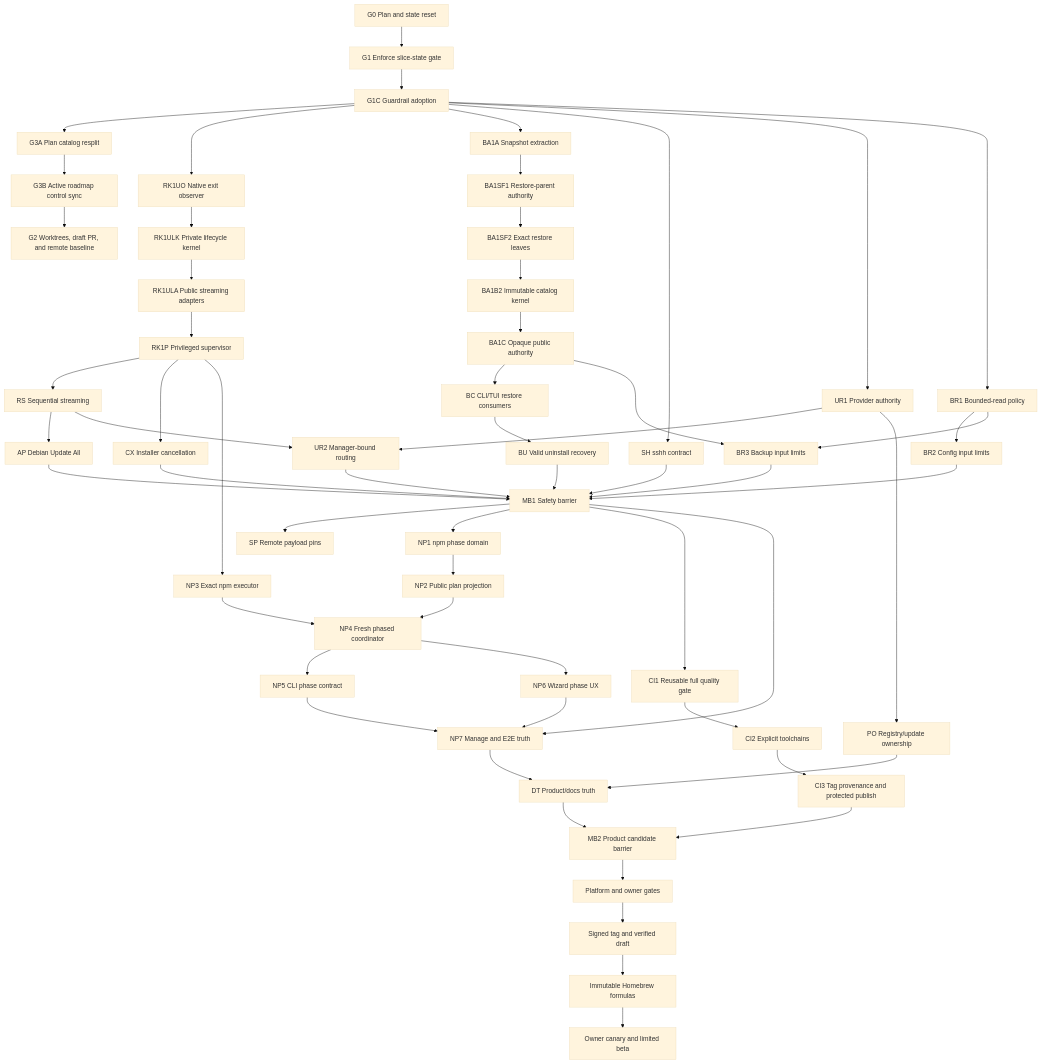
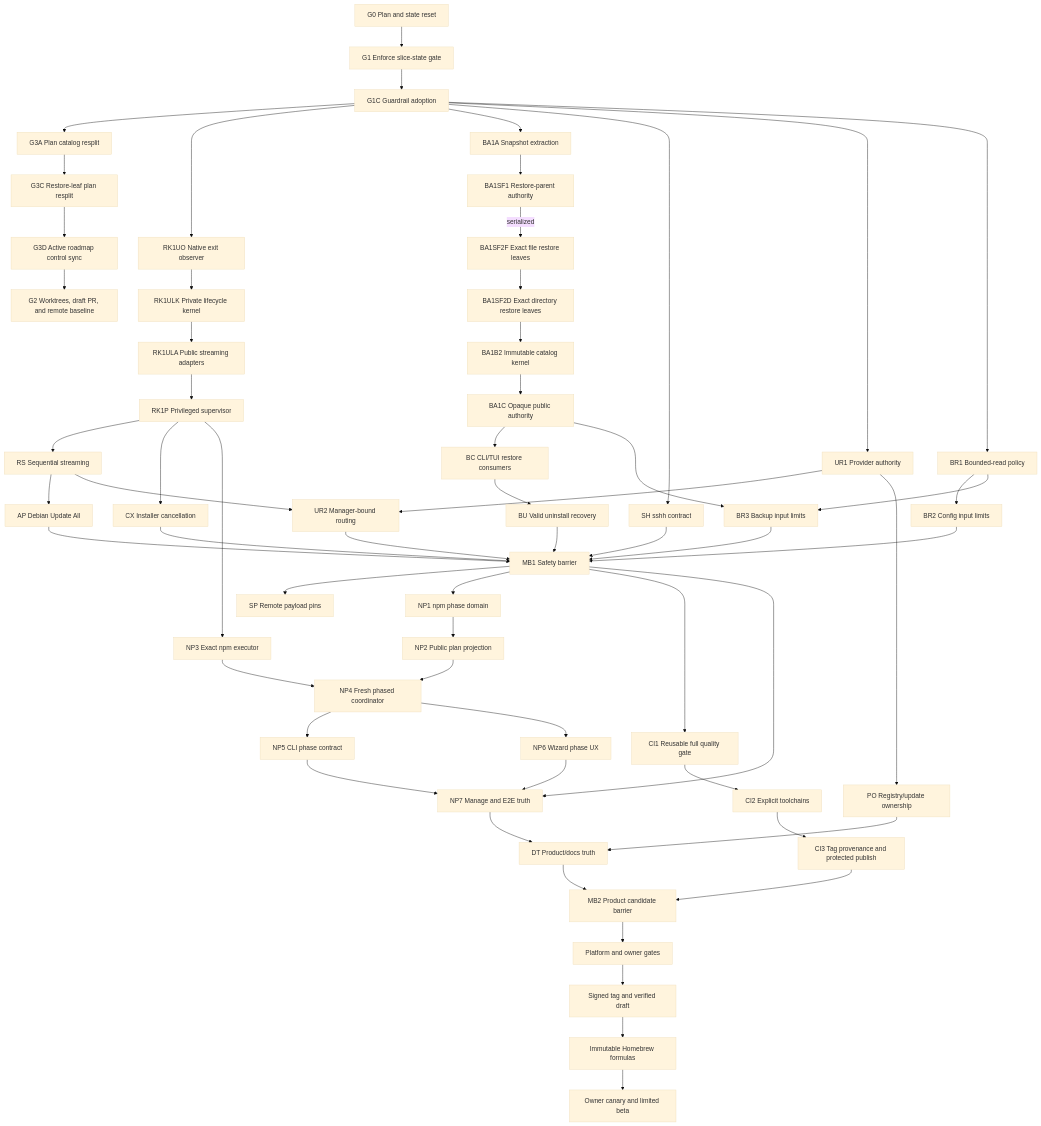
Before and after one commit to tekierz/dotfiles: the diagram in tasks/implementation-release-plan-2026-07-13.md, drawn with Mermaid (base theme). The commit also changed other lines of this file, not shown here.

Commit message:
Stable - split file and directory restore leaves

```diff
--- a/tasks/implementation-release-plan-2026-07-13.md
+++ b/tasks/implementation-release-plan-2026-07-13.md
@@ -97,60 +97,62 @@
 ~~~mermaid
 flowchart TD
   G0["G0 Plan and state reset"] --> G1["G1 Enforce slice-state gate"]
   G1 --> G1C["G1C Guardrail adoption"]
   G1C --> G3A["G3A Plan catalog resplit"]
-  G3A --> G3B["G3B Active roadmap control sync"]
-  G3B --> G2["G2 Worktrees, draft PR, and remote baseline"]
+  G3A --> G3C["G3C Restore-leaf plan resplit"]
+  G3C --> G3D["G3D Active roadmap control sync"]
+  G3D --> G2["G2 Worktrees, draft PR, and remote baseline"]
   G1C --> RK1UO["RK1UO Native exit observer"]
   RK1UO --> RK1ULK["RK1ULK Private lifecycle kernel"]
   RK1ULK --> RK1ULA["RK1ULA Public streaming adapters"]
   RK1ULA --> RK1P["RK1P Privileged supervisor"]
   G1C --> BA1A["BA1A Snapshot extraction"]
   BA1A --> BA1SF1["BA1SF1 Restore-parent authority"]
-  BA1SF1 --> BA1SF2["BA1SF2 Exact restore leaves"]
-  BA1SF2 --> BA1B2["BA1B2 Immutable catalog kernel"]
+  BA1SF1 -->|serialized| BA1SF2F["BA1SF2F Exact file restore leaves"]
+  BA1SF2F --> BA1SF2D["BA1SF2D Exact directory restore leaves"]
+  BA1SF2D --> BA1B2["BA1B2 Immutable catalog kernel"]
   BA1B2 --> BA1C["BA1C Opaque public authority"]
   G1C --> SH["SH sshh contract"]
   RK1P --> RS["RS Sequential streaming"]
   RS --> AP["AP Debian Update All"]
   G1C --> UR1["UR1 Provider authority"]
   UR1 --> UR2["UR2 Manager-bound routing"]
   RS --> UR2
   BA1C --> BC["BC CLI/TUI restore consumers"]
   BC --> BU["BU Valid uninstall recovery"]
   RK1P --> CX["CX Installer cancellation"]
   G1C --> BR1["BR1 Bounded-read policy"]
   BR1 --> BR2["BR2 Config input limits"]
   BR1 --> BR3["BR3 Backup input limits"]
   BA1C --> BR3
   MB1 --> SP["SP Remote payload pins"]
   MB1 --> NP1["NP1 npm phase domain"]
   NP1 --> NP2["NP2 Public plan projection"]
   RK1P --> NP3["NP3 Exact npm executor"]
   NP2 --> NP4["NP4 Fresh phased coordinator"]
   NP3 --> NP4
   NP4 --> NP5["NP5 CLI phase contract"]
   NP4 --> NP6["NP6 Wizard phase UX"]
   NP5 --> NP7["NP7 Manage and E2E truth"]
   NP6 --> NP7
   UR1 --> PO["PO Registry/update ownership"]
   NP7 --> DT["DT Product/docs truth"]
   PO --> DT
   MB1 --> CI1["CI1 Reusable full quality gate"]
   CI1 --> CI2["CI2 Explicit toolchains"]
   CI2 --> CI3["CI3 Tag provenance and protected publish"]
   AP --> MB1["MB1 Safety barrier"]
   UR2 --> MB1
   BU --> MB1
   SH --> MB1
   CX --> MB1
   BR2 --> MB1
   BR3 --> MB1
   MB1 --> NP7
   DT --> MB2["MB2 Product candidate barrier"]
   CI3 --> MB2
   MB2 --> QA["Platform and owner gates"]
   QA --> TAG["Signed tag and verified draft"]
   TAG --> TAP["Immutable Homebrew formulas"]
   TAP --> CANARY["Owner canary and limited beta"]
 ~~~
```
